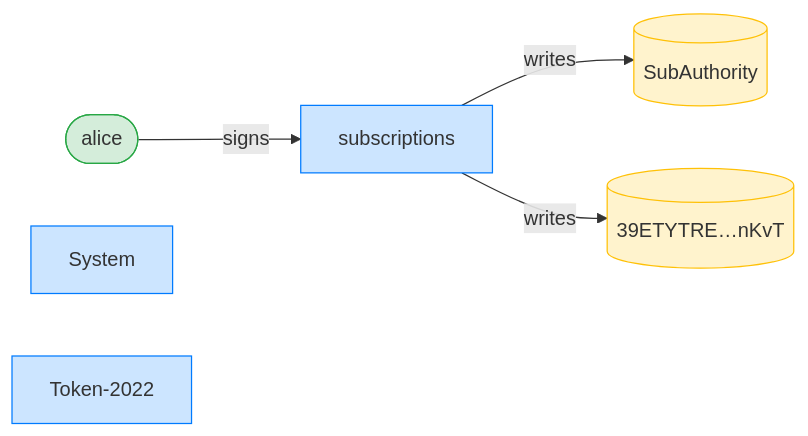
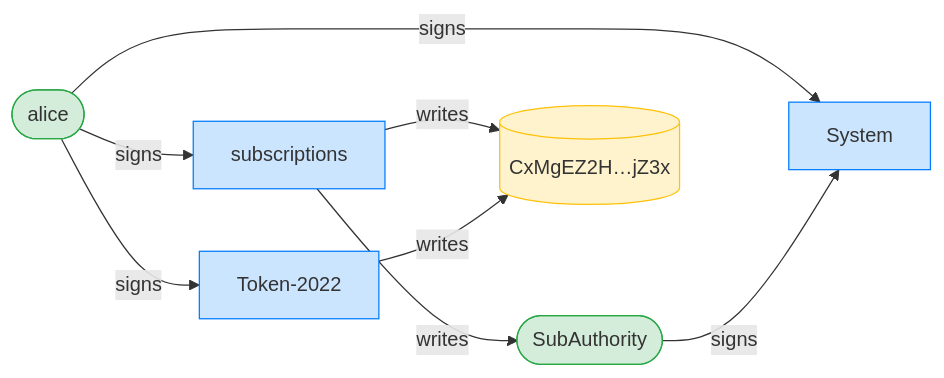
Before and after one commit to cds-rs/subscriptions: the third of 8 diagrams in dsl_tests/revoke-clears-the-delegate--token-2022-.md, drawn with Mermaid. The commit also changed other lines of this file and 224 other files, not shown here.

````diff
--- a/dsl_tests/revoke-clears-the-delegate--token-2022-.md
+++ b/dsl_tests/revoke-clears-the-delegate--token-2022-.md
@@ -55,15 +56,19 @@
 ```mermaid
 flowchart LR
     classDef signer fill:#d4edda,stroke:#28a745;
     classDef program fill:#cce5ff,stroke:#007bff;
     classDef writable fill:#fff3cd,stroke:#ffc107;
     subscriptions[subscriptions]:::program
     alice([alice]):::signer
-    SubAuthority[(SubAuthority)]:::writable
-    39ETYTRE_nKvT[("39ETYTRE…nKvT")]:::writable
+    SubAuthority([SubAuthority]):::signer
+    CxMgEZ2H_jZ3x[("CxMgEZ2H…jZ3x")]:::writable
     System[System]:::program
     Token_2022["Token-2022"]:::program
     alice -->|signs| subscriptions
+    alice -->|signs| System
+    SubAuthority -->|signs| System
+    alice -->|signs| Token_2022
     subscriptions -->|writes| SubAuthority
-    subscriptions -->|writes| 39ETYTRE_nKvT
+    subscriptions -->|writes| CxMgEZ2H_jZ3x
+    Token_2022 -->|writes| CxMgEZ2H_jZ3x
 ```
````
